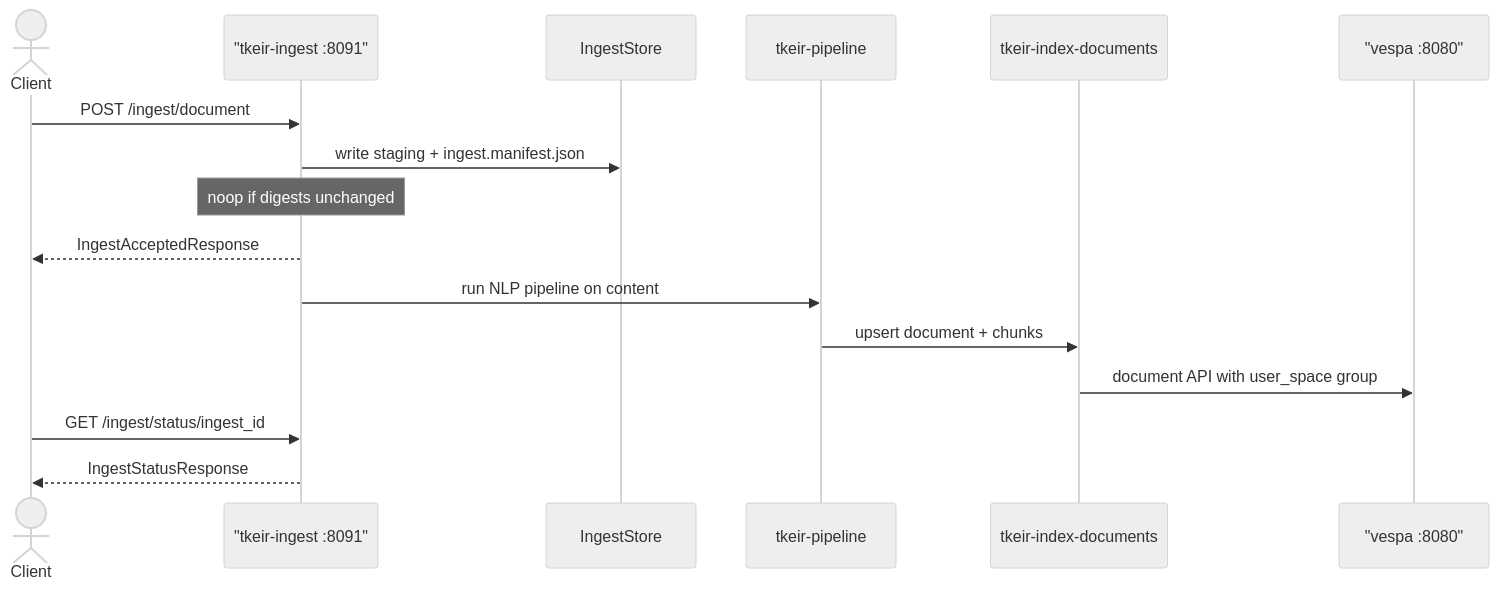
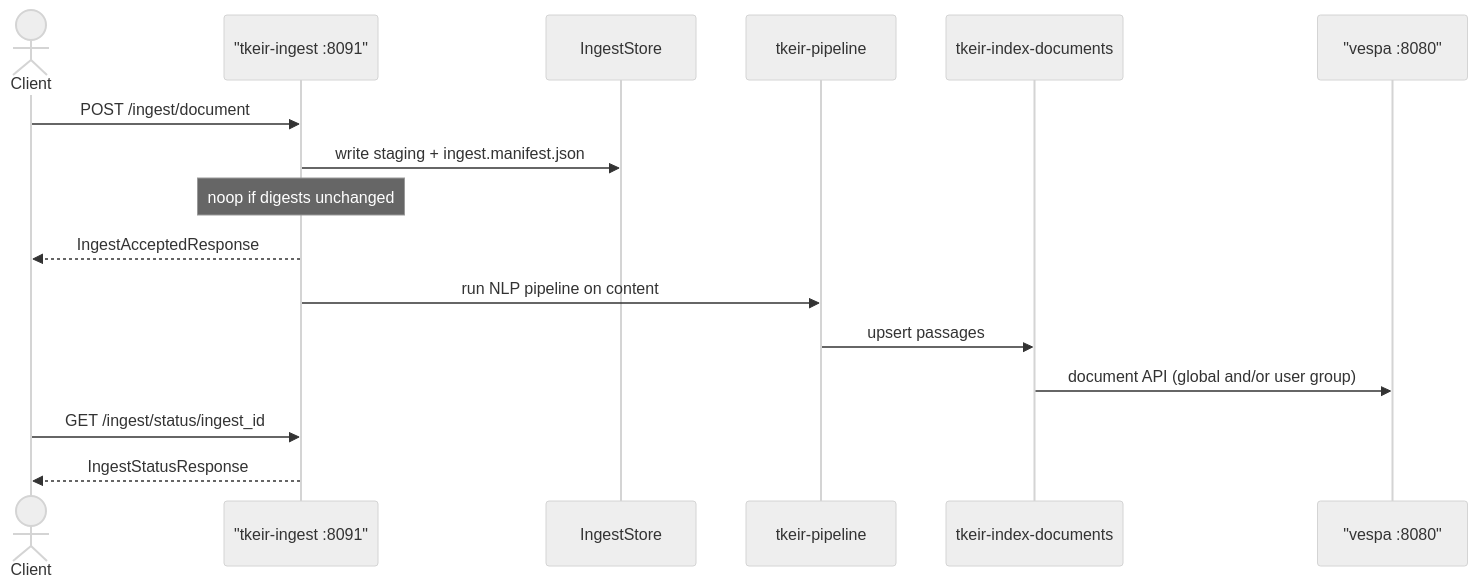
One commit to ThalesGroup/t-keir changed the second of 6 diagrams in docs/architecture/sequences.md. Above: the diagram before and after it, drawn with Mermaid (neutral theme). The commit also changed other lines of this file and 151 other files, not shown here.

````diff
--- a/docs/architecture/sequences.md
+++ b/docs/architecture/sequences.md
@@ -44,19 +44,19 @@
 ```mermaid
 sequenceDiagram
   actor Client
   participant Ingest as "tkeir-ingest :8091"
   participant Store as IngestStore
   participant Pipe as tkeir-pipeline
   participant Index as tkeir-index-documents
   participant Vespa as "vespa :8080"
 
   Client->>Ingest: POST /ingest/document
   Ingest->>Store: write staging + ingest.manifest.json
   Note over Ingest: noop if digests unchanged
   Ingest-->>Client: IngestAcceptedResponse
   Ingest->>Pipe: run NLP pipeline on content
-  Pipe->>Index: upsert document + chunks
-  Index->>Vespa: document API with user_space group
+  Pipe->>Index: upsert passages
+  Index->>Vespa: document API (global and/or user group)
   Client->>Ingest: GET /ingest/status/ingest_id
   Ingest-->>Client: IngestStatusResponse
 ```
````
